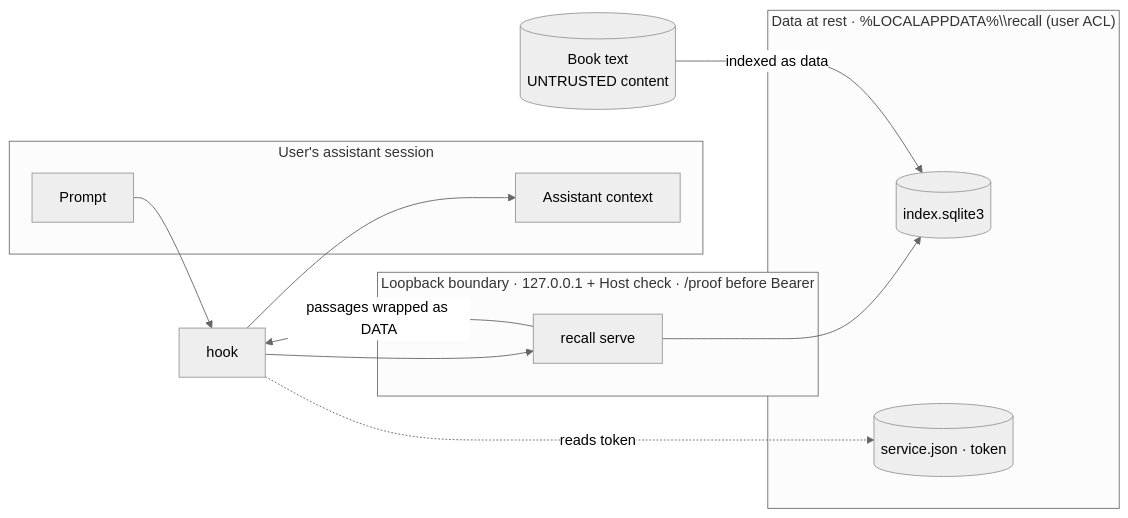
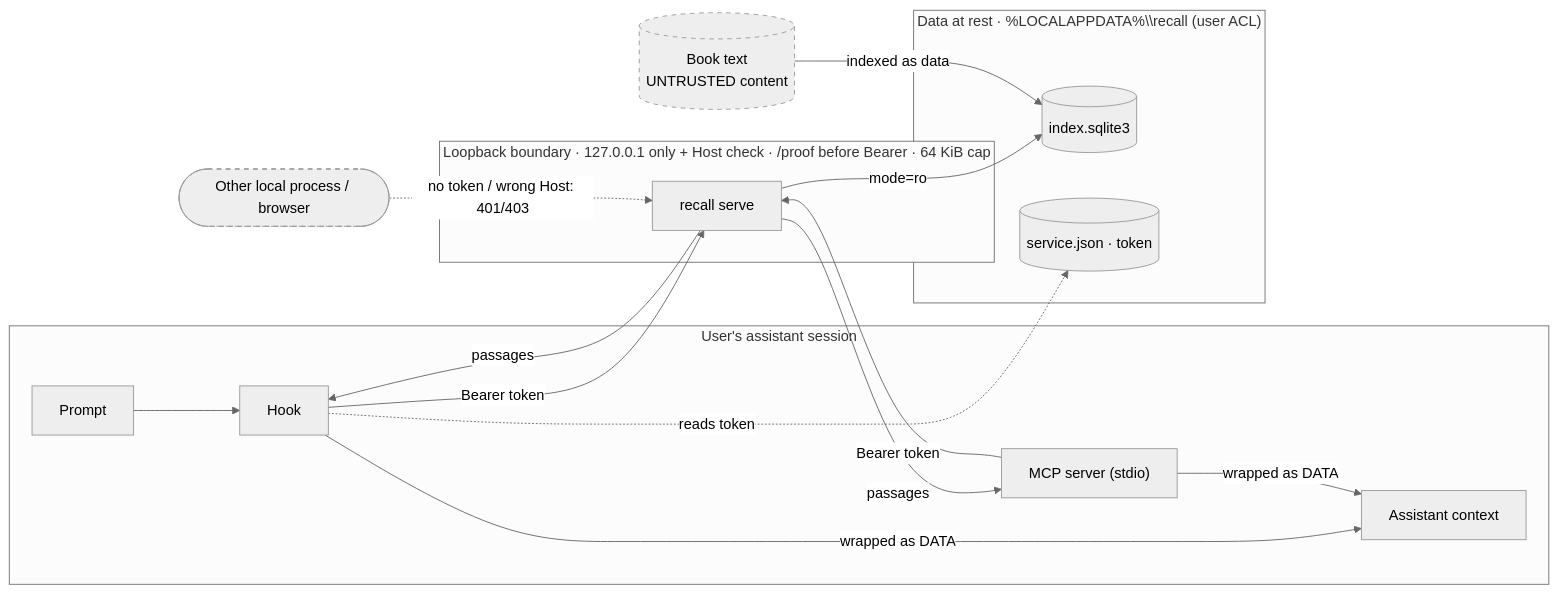
One commit to andreshma/recall changed the ninth of 9 diagrams in docs/DIAGRAMS.md. Above: the diagram before and after it, drawn with Mermaid (neutral theme). The commit also changed other lines of this file and 20 other files, not shown here.

````diff
--- a/docs/DIAGRAMS.md
+++ b/docs/DIAGRAMS.md
@@ -192,21 +266,33 @@
 ```mermaid
 flowchart LR
     subgraph user_session["User's assistant session"]
         prompt["Prompt"]
+        hook["Hook"]
+        mcp["MCP server (stdio)"]
         ctx["Assistant context"]
     end
-    subgraph loopback["Loopback boundary · 127.0.0.1 + Host check · /proof before Bearer"]
+    subgraph loopback["Loopback boundary · 127.0.0.1 only + Host check · /proof before Bearer · 64 KiB cap"]
         svc["recall serve"]
     end
     subgraph data["Data at rest · %LOCALAPPDATA%\\recall (user ACL)"]
         db[("index.sqlite3")]
         tok[("service.json · token")]
     end
     books[("Book text<br/>UNTRUSTED content")]
+    other(["Other local process / browser"])
 
-    prompt --> hook["hook"] --> svc
-    svc --> db
+    prompt --> hook
+    hook -- "Bearer token" --> svc
+    mcp -- "Bearer token" --> svc
+    svc -- "mode=ro" --> db
     books -- "indexed as data" --> db
-    svc -- "passages wrapped as DATA" --> hook --> ctx
+    svc -- "passages" --> hook
+    svc -- "passages" --> mcp
+    hook -- "wrapped as DATA" --> ctx
+    mcp -- "wrapped as DATA" --> ctx
     hook -. "reads token" .-> tok
+    other -. "no token / wrong Host: 401/403" .-> svc
+
+    classDef untrusted stroke-dasharray: 5 5
+    class books,other untrusted
 ```
````
